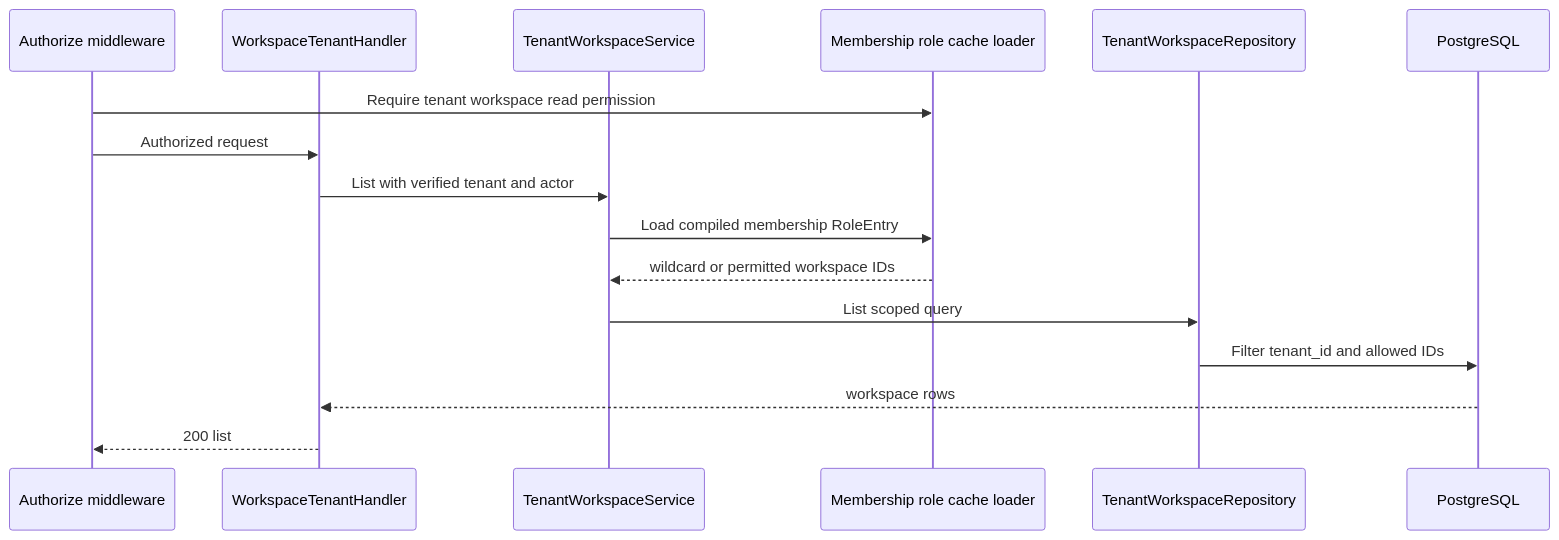
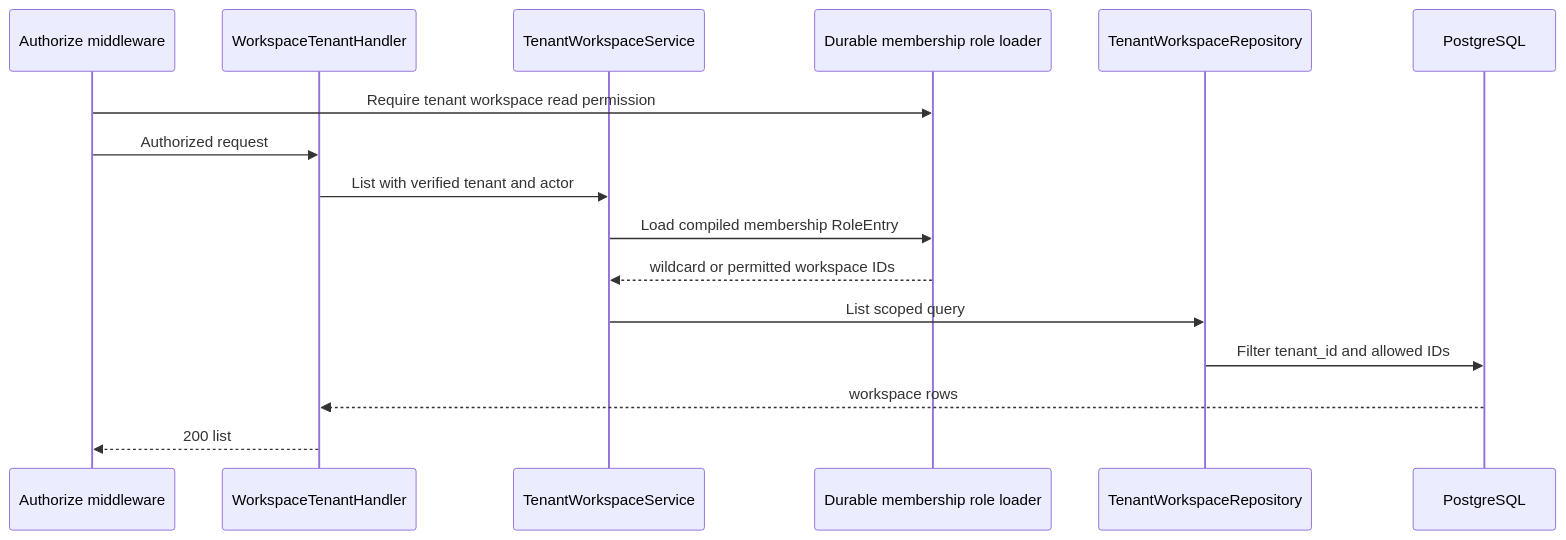
One commit to phucle996/aurora changed the second of 2 diagrams in god_view/hierarchy/tenant_workspace_list_god_view_workflow.md. Above: the diagram before and after it, drawn with Mermaid. The commit also changed other lines of this file and 132 other files, not shown here.

````diff
--- a/god_view/hierarchy/tenant_workspace_list_god_view_workflow.md
+++ b/god_view/hierarchy/tenant_workspace_list_god_view_workflow.md
@@ -61,19 +61,19 @@
 ```mermaid
 sequenceDiagram
     participant M as Authorize middleware
     participant H as WorkspaceTenantHandler
     participant S as TenantWorkspaceService
-    participant C as Membership role cache loader
+    participant C as Durable membership role loader
     participant P as TenantWorkspaceRepository
     participant PG as PostgreSQL
 
     M->>C: Require tenant workspace read permission
     M->>H: Authorized request
     H->>S: List with verified tenant and actor
     S->>C: Load compiled membership RoleEntry
     C-->>S: wildcard or permitted workspace IDs
     S->>P: List scoped query
     P->>PG: Filter tenant_id and allowed IDs
     PG-->>H: workspace rows
     H-->>M: 200 list
 ```
````
